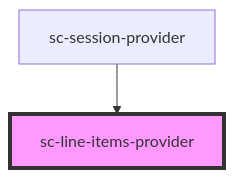
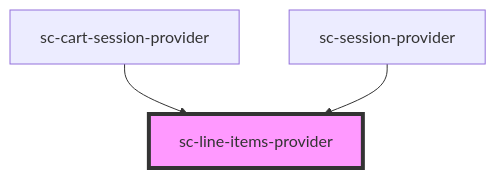
One commit to surecart/surecart-wp-plugin changed the diagram in packages/components/src/components/providers/line-items-provider/readme.md. Above: the diagram before and after it, drawn with Mermaid. The commit also changed other lines of this file and 88 other files, not shown here.

````diff
--- a/packages/components/src/components/providers/line-items-provider/readme.md
+++ b/packages/components/src/components/providers/line-items-provider/readme.md
@@ -29,5 +30,6 @@
 ```mermaid
 graph TD;
+  sc-cart-session-provider --> sc-line-items-provider
   sc-session-provider --> sc-line-items-provider
   style sc-line-items-provider fill:#f9f,stroke:#333,stroke-width:4px
 ```
````
